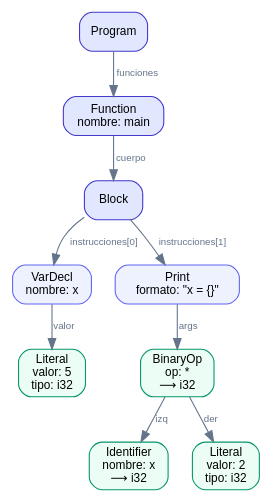
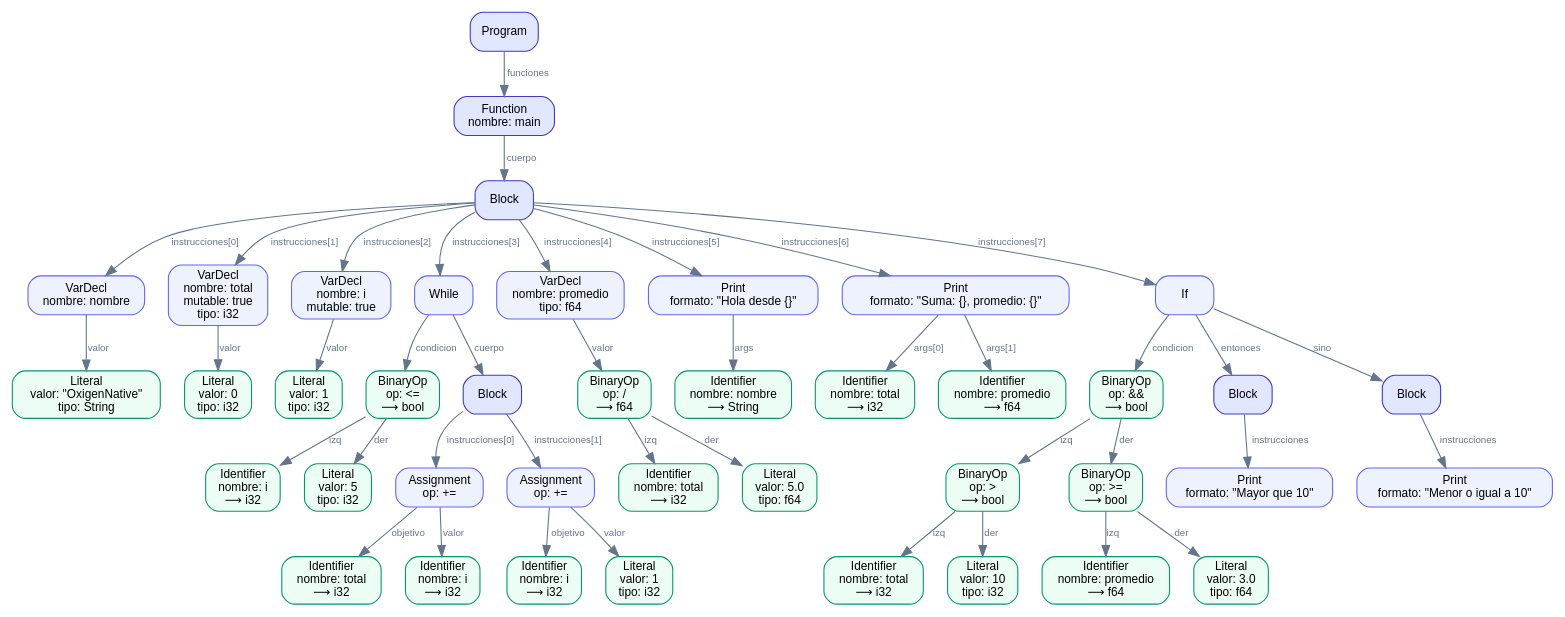
One commit to Vasquez005/OLC_N_P2_2S2026_202401451 changed the diagram in build/reportes/ast.dot. Above: the diagram before and after it, drawn with Graphviz. The commit also changed 9 other files, not shown here.

```diff
--- a/build/reportes/ast.dot
+++ b/build/reportes/ast.dot
@@ -1,22 +1,86 @@
 digraph AST {
     graph [fontname="Helvetica", ordering=out, nodesep=0.3, ranksep=0.45];
     node  [shape=box, style="rounded,filled", fontname="Helvetica", fontsize=11, fillcolor="#eef2ff", color="#6366f1"];
     edge  [fontname="Helvetica", fontsize=9, color="#64748b", fontcolor="#64748b"];
     n1 [label="Program", fillcolor="#e0e7ff", color="#4338ca"];
     n2 [label="Function\nnombre: main", fillcolor="#e0e7ff", color="#4338ca"];
     n3 [label="Block", fillcolor="#e0e7ff", color="#4338ca"];
-    n4 [label="VarDecl\nnombre: x"];
-    n5 [label="Literal\nvalor: 5\ntipo: i32", fillcolor="#ecfdf5", color="#059669"];
+    n4 [label="VarDecl\nnombre: nombre"];
+    n5 [label="Literal\nvalor: \"OxigenNative\"\ntipo: String", fillcolor="#ecfdf5", color="#059669"];
     n4 -> n5 [label="valor"];
     n3 -> n4 [label="instrucciones[0]"];
-    n6 [label="Print\nformato: \"x = {}\""];
-    n7 [label="BinaryOp\nop: *\n⟶ i32", fillcolor="#ecfdf5", color="#059669"];
-    n8 [label="Identifier\nnombre: x\n⟶ i32", fillcolor="#ecfdf5", color="#059669"];
-    n7 -> n8 [label="izq"];
-    n9 [label="Literal\nvalor: 2\ntipo: i32", fillcolor="#ecfdf5", color="#059669"];
-    n7 -> n9 [label="der"];
-    n6 -> n7 [label="args"];
+    n6 [label="VarDecl\nnombre: total\nmutable: true\ntipo: i32"];
+    n7 [label="Literal\nvalor: 0\ntipo: i32", fillcolor="#ecfdf5", color="#059669"];
+    n6 -> n7 [label="valor"];
     n3 -> n6 [label="instrucciones[1]"];
+    n8 [label="VarDecl\nnombre: i\nmutable: true"];
+    n9 [label="Literal\nvalor: 1\ntipo: i32", fillcolor="#ecfdf5", color="#059669"];
+    n8 -> n9 [label="valor"];
+    n3 -> n8 [label="instrucciones[2]"];
+    n10 [label="While"];
+    n11 [label="BinaryOp\nop: <=\n⟶ bool", fillcolor="#ecfdf5", color="#059669"];
+    n12 [label="Identifier\nnombre: i\n⟶ i32", fillcolor="#ecfdf5", color="#059669"];
+    n11 -> n12 [label="izq"];
+    n13 [label="Literal\nvalor: 5\ntipo: i32", fillcolor="#ecfdf5", color="#059669"];
+    n11 -> n13 [label="der"];
+    n10 -> n11 [label="condicion"];
+    n14 [label="Block", fillcolor="#e0e7ff", color="#4338ca"];
+    n15 [label="Assignment\nop: +="];
+    n16 [label="Identifier\nnombre: total\n⟶ i32", fillcolor="#ecfdf5", color="#059669"];
+    n15 -> n16 [label="objetivo"];
+    n17 [label="Identifier\nnombre: i\n⟶ i32", fillcolor="#ecfdf5", color="#059669"];
+    n15 -> n17 [label="valor"];
+    n14 -> n15 [label="instrucciones[0]"];
+    n18 [label="Assignment\nop: +="];
+    n19 [label="Identifier\nnombre: i\n⟶ i32", fillcolor="#ecfdf5", color="#059669"];
+    n18 -> n19 [label="objetivo"];
+    n20 [label="Literal\nvalor: 1\ntipo: i32", fillcolor="#ecfdf5", color="#059669"];
+    n18 -> n20 [label="valor"];
+    n14 -> n18 [label="instrucciones[1]"];
+    n10 -> n14 [label="cuerpo"];
+    n3 -> n10 [label="instrucciones[3]"];
+    n21 [label="VarDecl\nnombre: promedio\ntipo: f64"];
+    n22 [label="BinaryOp\nop: /\n⟶ f64", fillcolor="#ecfdf5", color="#059669"];
+    n23 [label="Identifier\nnombre: total\n⟶ i32", fillcolor="#ecfdf5", color="#059669"];
+    n22 -> n23 [label="izq"];
+    n24 [label="Literal\nvalor: 5.0\ntipo: f64", fillcolor="#ecfdf5", color="#059669"];
+    n22 -> n24 [label="der"];
+    n21 -> n22 [label="valor"];
+    n3 -> n21 [label="instrucciones[4]"];
+    n25 [label="Print\nformato: \"Hola desde {}\""];
+    n26 [label="Identifier\nnombre: nombre\n⟶ String", fillcolor="#ecfdf5", color="#059669"];
+    n25 -> n26 [label="args"];
+    n3 -> n25 [label="instrucciones[5]"];
+    n27 [label="Print\nformato: \"Suma: {}, promedio: {}\""];
+    n28 [label="Identifier\nnombre: total\n⟶ i32", fillcolor="#ecfdf5", color="#059669"];
+    n27 -> n28 [label="args[0]"];
+    n29 [label="Identifier\nnombre: promedio\n⟶ f64", fillcolor="#ecfdf5", color="#059669"];
+    n27 -> n29 [label="args[1]"];
+    n3 -> n27 [label="instrucciones[6]"];
+    n30 [label="If"];
+    n31 [label="BinaryOp\nop: &&\n⟶ bool", fillcolor="#ecfdf5", color="#059669"];
+    n32 [label="BinaryOp\nop: >\n⟶ bool", fillcolor="#ecfdf5", color="#059669"];
+    n33 [label="Identifier\nnombre: total\n⟶ i32", fillcolor="#ecfdf5", color="#059669"];
+    n32 -> n33 [label="izq"];
+    n34 [label="Literal\nvalor: 10\ntipo: i32", fillcolor="#ecfdf5", color="#059669"];
+    n32 -> n34 [label="der"];
+    n31 -> n32 [label="izq"];
+    n35 [label="BinaryOp\nop: >=\n⟶ bool", fillcolor="#ecfdf5", color="#059669"];
+    n36 [label="Identifier\nnombre: promedio\n⟶ f64", fillcolor="#ecfdf5", color="#059669"];
+    n35 -> n36 [label="izq"];
+    n37 [label="Literal\nvalor: 3.0\ntipo: f64", fillcolor="#ecfdf5", color="#059669"];
+    n35 -> n37 [label="der"];
+    n31 -> n35 [label="der"];
+    n30 -> n31 [label="condicion"];
+    n38 [label="Block", fillcolor="#e0e7ff", color="#4338ca"];
+    n39 [label="Print\nformato: \"Mayor que 10\""];
+    n38 -> n39 [label="instrucciones"];
+    n30 -> n38 [label="entonces"];
+    n40 [label="Block", fillcolor="#e0e7ff", color="#4338ca"];
+    n41 [label="Print\nformato: \"Menor o igual a 10\""];
+    n40 -> n41 [label="instrucciones"];
+    n30 -> n40 [label="sino"];
+    n3 -> n30 [label="instrucciones[7]"];
     n2 -> n3 [label="cuerpo"];
     n1 -> n2 [label="funciones"];
 }
```
